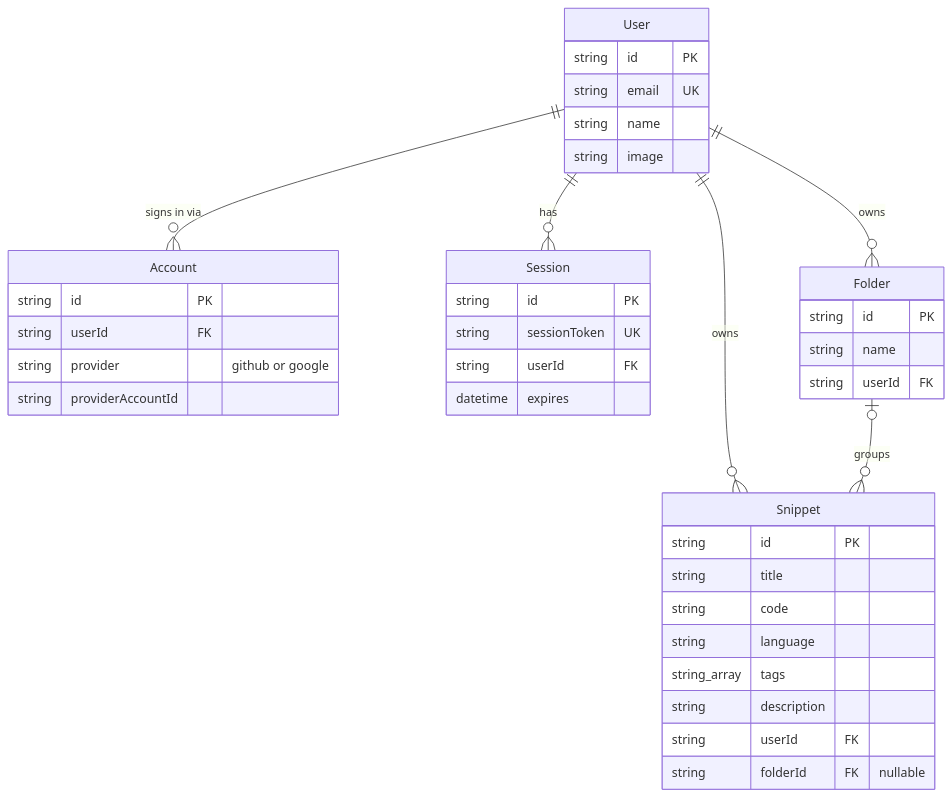
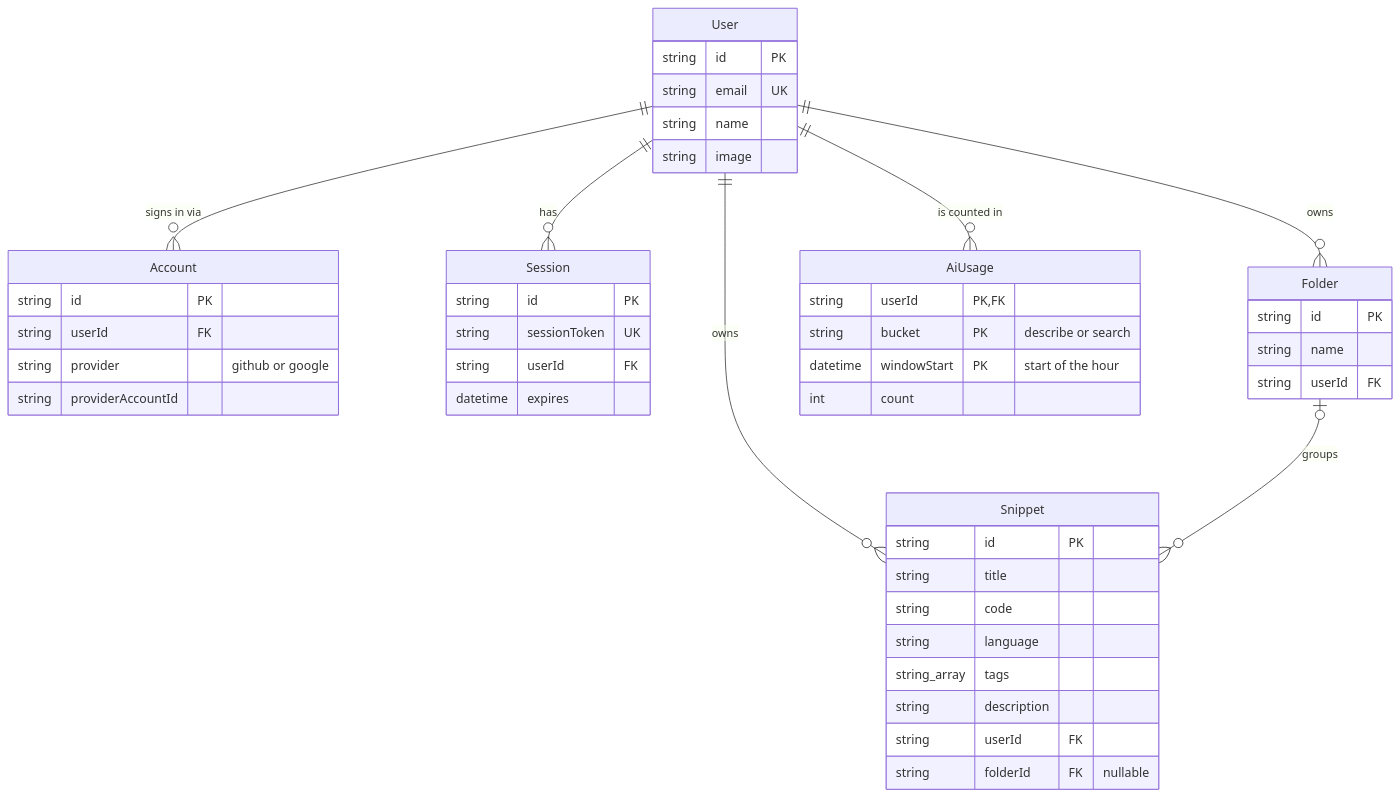
Before and after one commit to RyanDanielWalker/snippr: the third of 4 diagrams in docs/ARCHITECTURE.md, drawn with Mermaid. The commit also changed other lines of this file and 1 other file, not shown here.

First line of the commit message:
docs: record AI rate limiting in architecture and roadmap

````diff
--- a/docs/ARCHITECTURE.md
+++ b/docs/ARCHITECTURE.md
@@ -93,42 +93,49 @@
 ```mermaid
 erDiagram
     User ||--o{ Account : "signs in via"
     User ||--o{ Session : "has"
     User ||--o{ Snippet : "owns"
     User ||--o{ Folder : "owns"
+    User ||--o{ AiUsage : "is counted in"
     Folder |o--o{ Snippet : "groups"
 
     User {
         string id PK
         string email UK
         string name
         string image
     }
     Account {
         string id PK
         string userId FK
         string provider "github or google"
         string providerAccountId
     }
     Session {
         string id PK
         string sessionToken UK
         string userId FK
         datetime expires
     }
     Folder {
         string id PK
         string name
         string userId FK
     }
+    AiUsage {
+        string userId PK, FK
+        string bucket PK "describe or search"
+        datetime windowStart PK "start of the hour"
+        int count
+    }
     Snippet {
         string id PK
         string title
         string code
         string language
         string_array tags
         string description
         string userId FK
         string folderId FK "nullable"
     }
 ```
````
